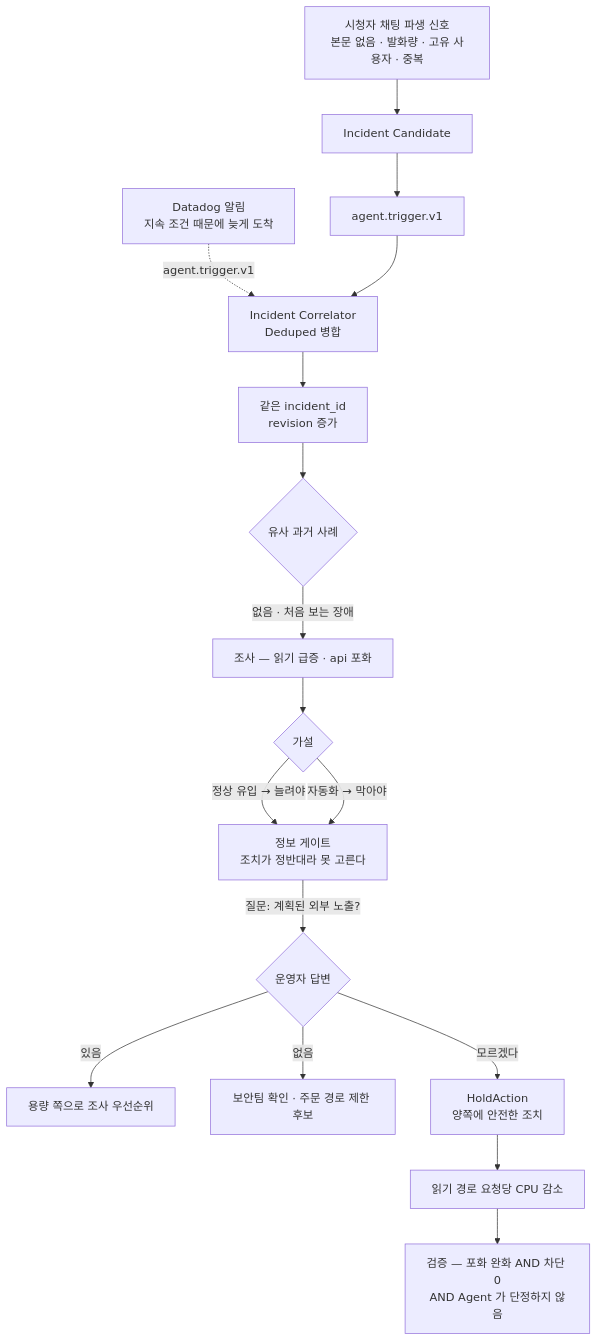
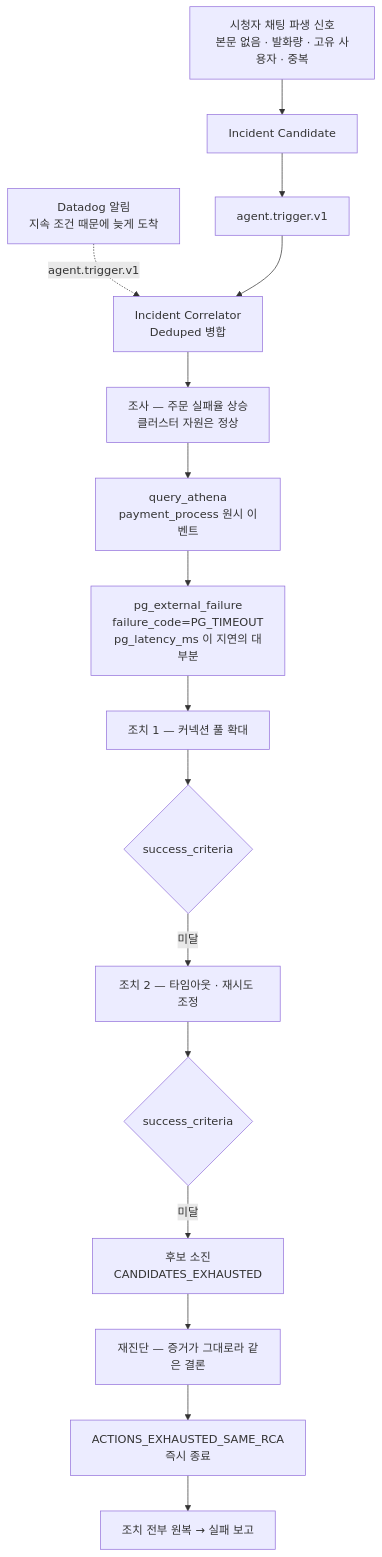
One commit to CJ-Only-One/O2-live-ai-ops changed the fourth of 4 diagrams in docs/scenario-experiment.md. Above: the diagram before and after it, drawn with Mermaid. The commit also changed other lines of this file and 2 other files, not shown here.

````diff
--- a/docs/scenario-experiment.md
+++ b/docs/scenario-experiment.md
@@ -216,19 +232,18 @@
 ```mermaid
 flowchart TB
     A["시청자 채팅 파생 신호<br/>본문 없음 · 발화량 · 고유 사용자 · 중복"] --> B["Incident Candidate"]
     B --> C["agent.trigger.v1"]
     D["Datadog 알림<br/>지속 조건 때문에 늦게 도착"] -.->|"agent.trigger.v1"| E
     C --> E["Incident Correlator<br/>Deduped 병합"]
-    E --> F["같은 incident_id<br/>revision 증가"]
-    F --> G{"유사 과거 사례"}
-    G -->|"없음 · 처음 보는 장애"| H["조사 — 읽기 급증 · api 포화"]
-    H --> I{"가설"}
-    I -->|"정상 유입 → 늘려야"| J["정보 게이트<br/>조치가 정반대라 못 고른다"]
-    I -->|"자동화 → 막아야"| J
-    J -->|"질문: 계획된 외부 노출?"| K{"운영자 답변"}
-    K -->|"있음"| L["용량 쪽으로 조사 우선순위"]
-    K -->|"없음"| M["보안팀 확인 · 주문 경로 제한 후보"]
-    K -->|"모르겠다"| N["HoldAction<br/>양쪽에 안전한 조치"]
-    N --> O["읽기 경로 요청당 CPU 감소"]
-    O --> P["검증 — 포화 완화 AND 차단 0<br/>AND Agent 가 단정하지 않음"]
+    E --> F["조사 — 주문 실패율 상승<br/>클러스터 자원은 정상"]
+    F --> G["query_athena<br/>payment_process 원시 이벤트"]
+    G --> H["pg_external_failure<br/>failure_code=PG_TIMEOUT<br/>pg_latency_ms 이 지연의 대부분"]
+    H --> I["조치 1 — 커넥션 풀 확대"]
+    I --> J{"success_criteria"}
+    J -->|"미달"| K["조치 2 — 타임아웃 · 재시도 조정"]
+    K --> L{"success_criteria"}
+    L -->|"미달"| M["후보 소진<br/>CANDIDATES_EXHAUSTED"]
+    M --> N["재진단 — 증거가 그대로라 같은 결론"]
+    N --> O["ACTIONS_EXHAUSTED_SAME_RCA<br/>즉시 종료"]
+    O --> P["조치 전부 원복 → 실패 보고"]
 ```
````
